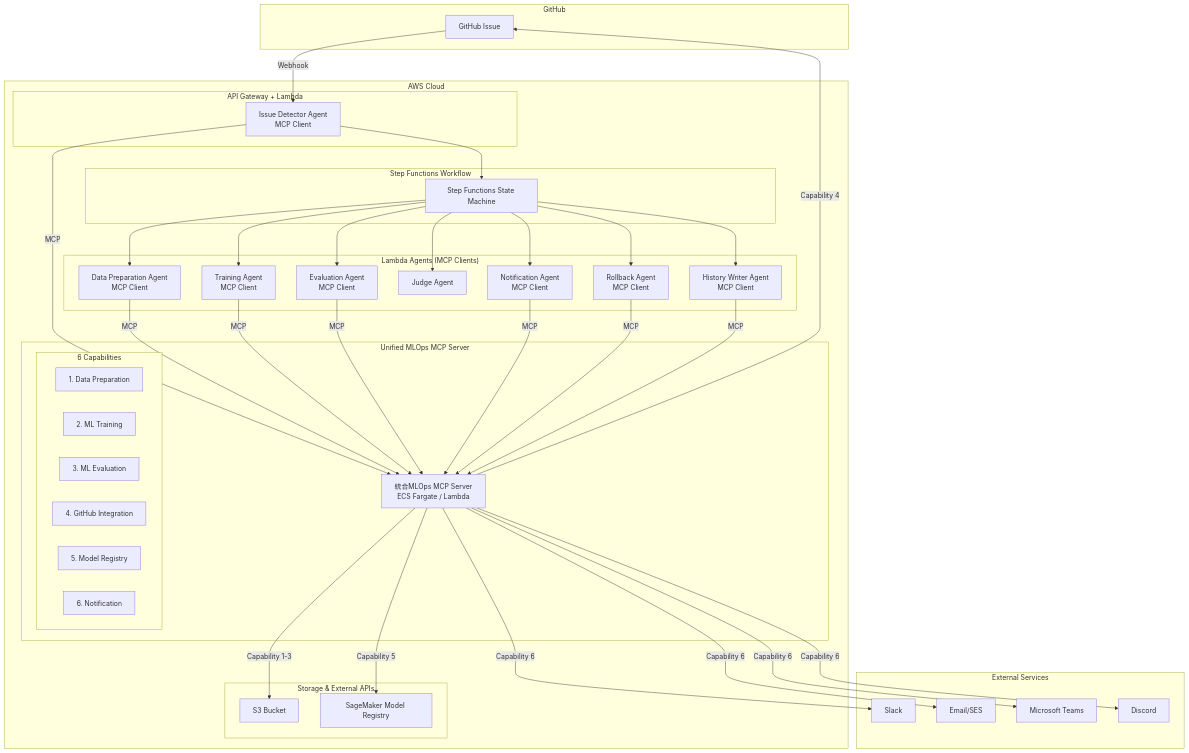
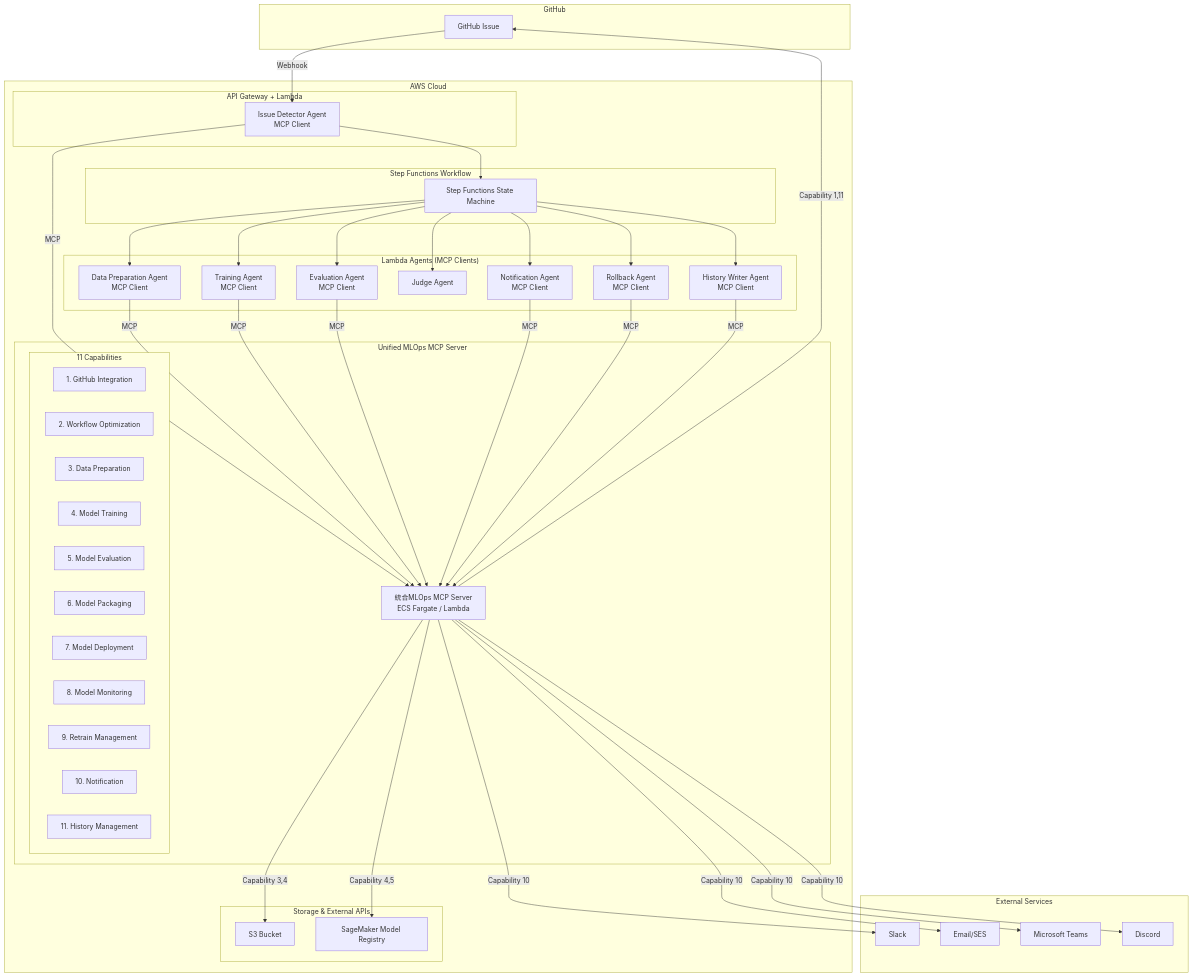
Before and after one commit to Hi3369/MLOps: the first of 2 diagrams in mcp_design.md, drawn with Mermaid. The commit also changed other lines of this file and 5 other files, not shown here.

````diff
--- a/mcp_design.md
+++ b/mcp_design.md
@@ -279,13 +267,18 @@
         subgraph "Unified MLOps MCP Server"
             MCP_SERVER[統合MLOps MCP Server<br/>ECS Fargate / Lambda]
 
-            subgraph "6 Capabilities"
-                CAP_DATA[1. Data Preparation]
-                CAP_TRAIN[2. ML Training]
-                CAP_EVAL[3. ML Evaluation]
-                CAP_GITHUB[4. GitHub Integration]
-                CAP_REGISTRY[5. Model Registry]
-                CAP_NOTIFY[6. Notification]
+            subgraph "11 Capabilities"
+                CAP1[1. GitHub Integration]
+                CAP2[2. Workflow Optimization]
+                CAP3[3. Data Preparation]
+                CAP4[4. Model Training]
+                CAP5[5. Model Evaluation]
+                CAP6[6. Model Packaging]
+                CAP7[7. Model Deployment]
+                CAP8[8. Model Monitoring]
+                CAP9[9. Retrain Management]
+                CAP10[10. Notification]
+                CAP11[11. History Management]
             end
         end
 
@@ -314,11 +307,11 @@
     ROLLBACK -->|MCP| MCP_SERVER
     HISTORY -->|MCP| MCP_SERVER
 
-    MCP_SERVER -->|Capability 1-3| S3
-    MCP_SERVER -->|Capability 5| SAGEMAKER_REGISTRY
-    MCP_SERVER -->|Capability 4| GH_ISSUE
-    MCP_SERVER -->|Capability 6| SLACK
-    MCP_SERVER -->|Capability 6| EMAIL
-    MCP_SERVER -->|Capability 6| TEAMS
-    MCP_SERVER -->|Capability 6| DISCORD
+    MCP_SERVER -->|Capability 3,4| S3
+    MCP_SERVER -->|Capability 4,5| SAGEMAKER_REGISTRY
+    MCP_SERVER -->|Capability 1,11| GH_ISSUE
+    MCP_SERVER -->|Capability 10| SLACK
+    MCP_SERVER -->|Capability 10| EMAIL
+    MCP_SERVER -->|Capability 10| TEAMS
+    MCP_SERVER -->|Capability 10| DISCORD
 ```
````
